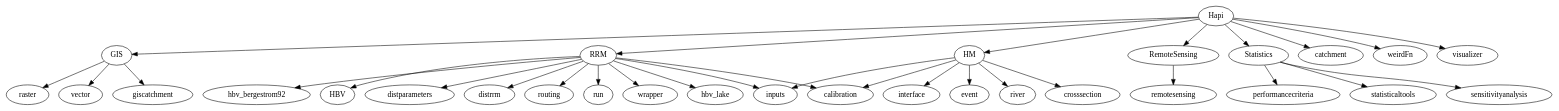
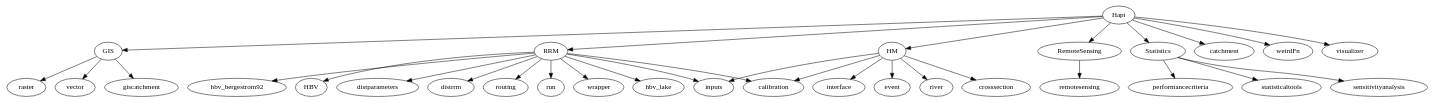
The diagram in docs/index.rst (Serapieum-of-alex/Hapi), drawn with Graphviz before and after one commit. The commit also changed other lines of this file, not shown here.

```diff
--- a/docs/index.rst
+++ b/docs/index.rst
@@ -83,33 +83,34 @@
 .. digraph:: Linking
 
     Hapi -> GIS;
     Hapi -> HM;
     Hapi -> RemoteSensing;
     Hapi -> RRM;
     Hapi -> Statistics;
     Hapi -> catchment;
     Hapi -> weirdFn;
     Hapi -> visualizer;
     GIS -> raster;
     GIS -> vector;
     GIS -> giscatchment;
     RRM -> HBV;
     RRM -> calibration;
     RRM -> distparameters;
     RRM -> distrrm;
     RRM -> routing;
     RRM -> run;
     RRM -> inputs;
     RRM -> wrapper;
     RRM -> hbv_lake;
     RRM -> hbv_bergestrom92;
     HM -> inputs;
     HM -> event;
     HM -> river;
     HM -> calibration;
     HM -> crosssection;
     HM -> interface;
     Statistics -> performancecriteria;
     Statistics -> statisticaltools;
     Statistics -> sensitivityanalysis;
     RemoteSensing -> remotesensing;
+    dpi=69;
```
